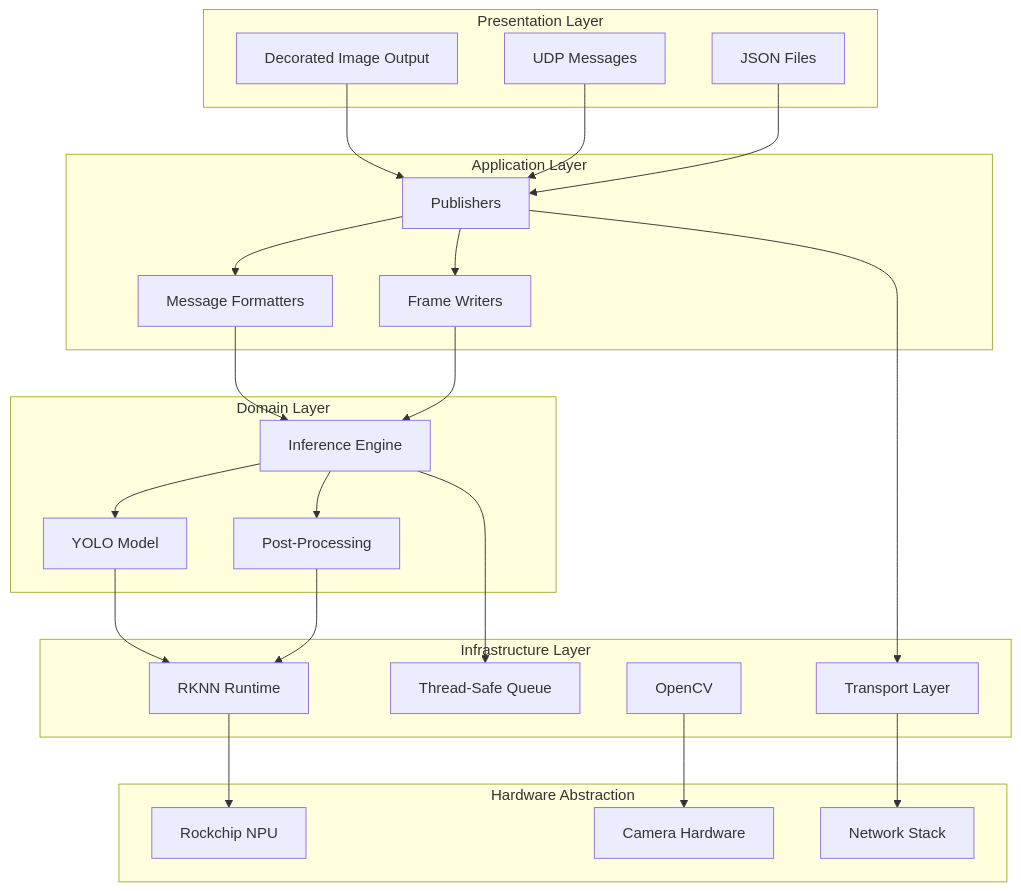
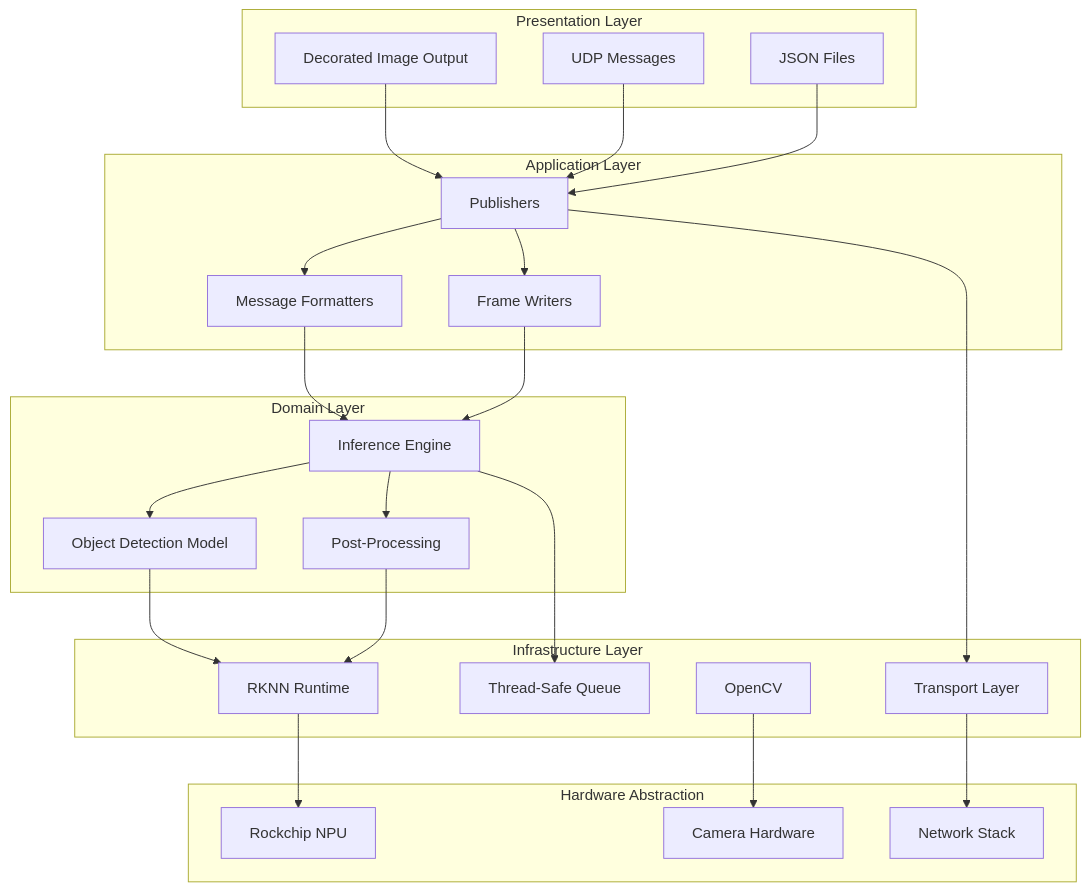
Before and after one commit to brightsign/brightsign-npu-object-extension: the second of 9 diagrams in docs/software-architecture.md, drawn with Mermaid. The commit also changed other lines of this file and 34 other files, not shown here.

First line of the commit message:
feat: complete YOLO to object detection redaction

````diff
--- a/docs/software-architecture.md
+++ b/docs/software-architecture.md
@@ -80,50 +80,50 @@
 ```mermaid
 graph TB
     subgraph "Presentation Layer"
         UI[Decorated Image Output]
         UDP_OUT[UDP Messages]
         FILE_OUT[JSON Files]
     end
     
     subgraph "Application Layer"
         PUB[Publishers]
         FMT[Message Formatters]
         FW[Frame Writers]
     end
     
     subgraph "Domain Layer"
         INF[Inference Engine]
-        YOLO[YOLO Model]
+        YOLO[Object Detection Model]
         PP[Post-Processing]
     end
     
     subgraph "Infrastructure Layer"
         TRANS[Transport Layer]
         QUEUE[Thread-Safe Queue]
         CV[OpenCV]
         RKNN[RKNN Runtime]
     end
     
     subgraph "Hardware Abstraction"
         NPU[Rockchip NPU]
         CAM[Camera Hardware]
         NET[Network Stack]
     end
     
     UI --> PUB
     UDP_OUT --> PUB
     FILE_OUT --> PUB
     PUB --> FMT
     PUB --> FW
     FMT --> INF
     FW --> INF
     INF --> YOLO
     INF --> PP
     YOLO --> RKNN
     PP --> RKNN
     PUB --> TRANS
     INF --> QUEUE
     TRANS --> NET
     CV --> CAM
     RKNN --> NPU
 ```
````
